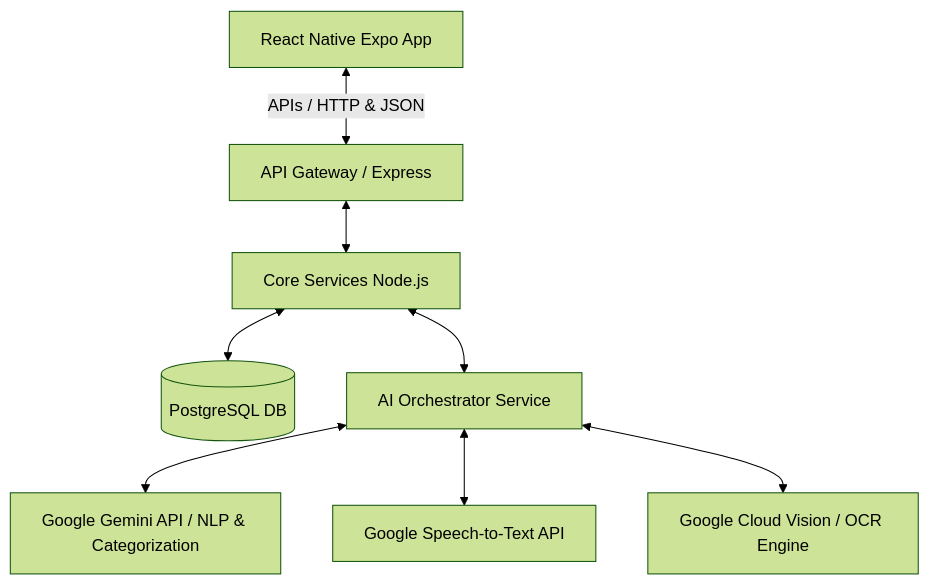
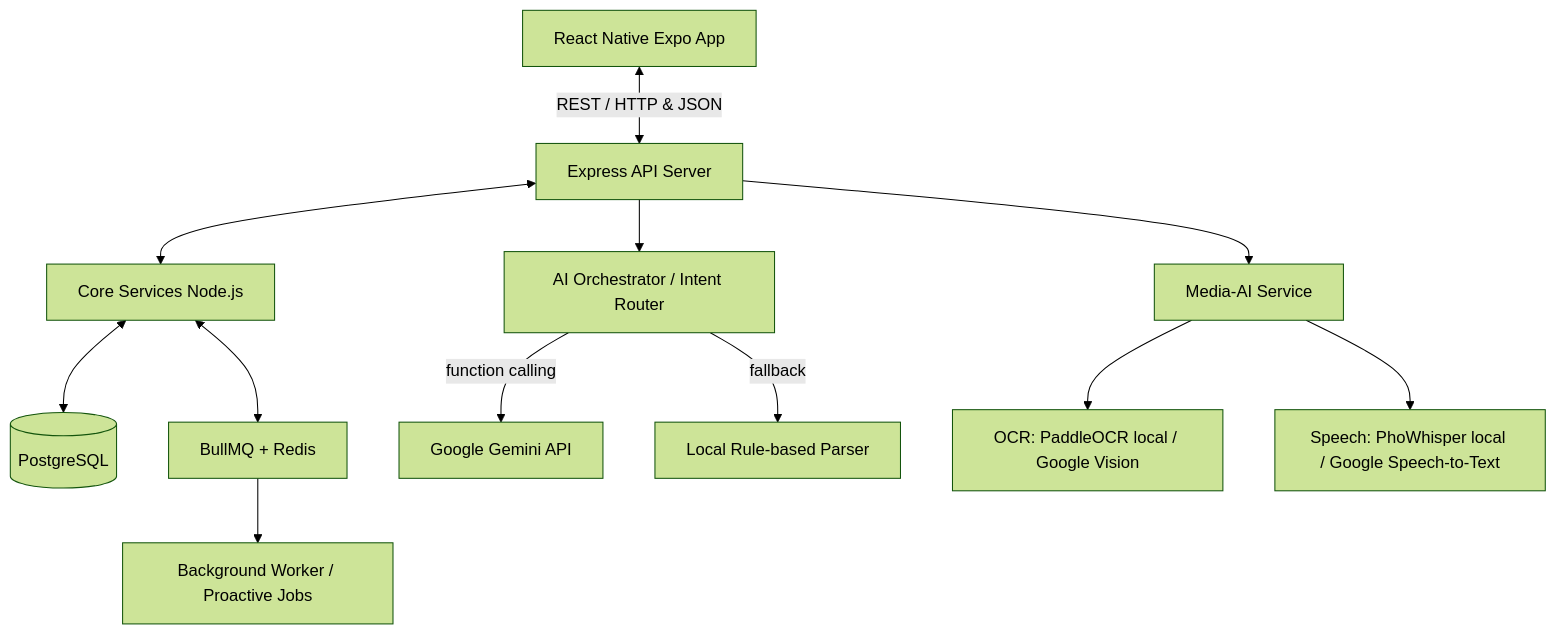
One commit to ngthtrong/perfin-nienluan changed the diagram in README.md. Above: the diagram before and after it, drawn with Mermaid (forest theme). The commit also changed other lines of this file and 16 other files, not shown here.

````diff
--- a/README.md
+++ b/README.md
@@ -40,10 +40,14 @@
 ```mermaid
 graph TD
-    Client[React Native Expo App] <-->|APIs / HTTP & JSON| Gateway[API Gateway / Express]
-    Gateway <--> CoreServices[Core Services Node.js]
-    CoreServices <--> Database[(PostgreSQL DB)]
-    CoreServices <--> AIService[AI Orchestrator Service]
-    AIService <--> Gemini[Google Gemini API / NLP & Categorization]
-    AIService <--> SpeechToText[Google Speech-to-Text API]
-    AIService <--> Vision[Google Cloud Vision / OCR Engine]
+    Client[React Native Expo App] <-->|REST / HTTP & JSON| API[Express API Server]
+    API <--> Core[Core Services Node.js]
+    Core <--> DB[(PostgreSQL)]
+    API --> AIOrch[AI Orchestrator / Intent Router]
+    AIOrch -->|function calling| Gemini[Google Gemini API]
+    AIOrch -->|fallback| LocalParser[Local Rule-based Parser]
+    Core <--> Queue[BullMQ + Redis]
+    Queue --> Worker[Background Worker / Proactive Jobs]
+    API --> Media[Media-AI Service]
+    Media --> OCR[OCR: PaddleOCR local / Google Vision]
+    Media --> STT[Speech: PhoWhisper local / Google Speech-to-Text]
 ```
````
